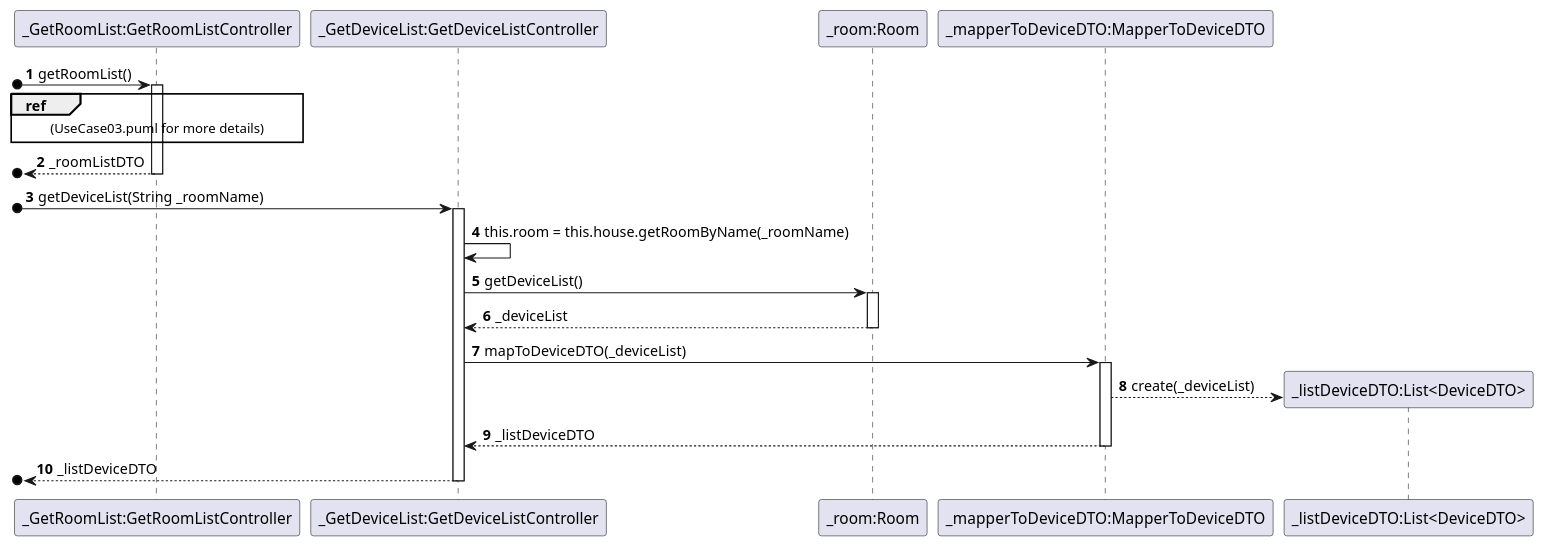
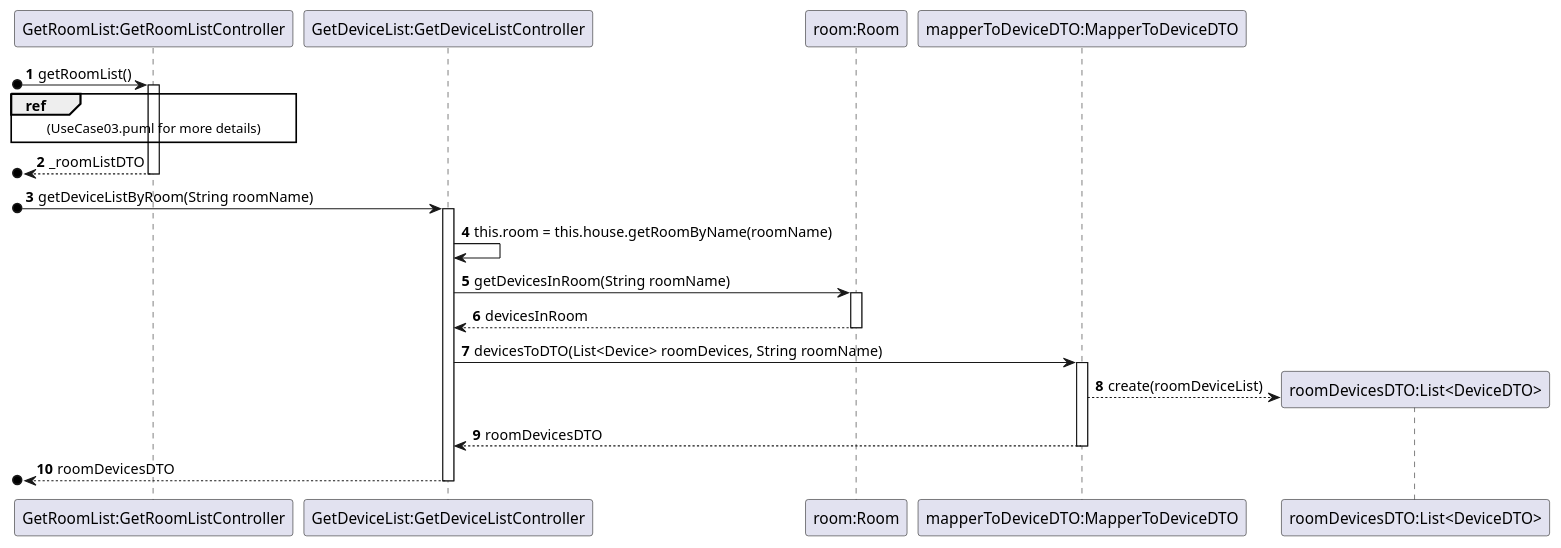
The diagram in projetoIntermedio/docs/sequence/UseCase06.puml (ozepedrorodrigues/projetoIntermedio), drawn with PlantUML before and after one commit. The commit also changed 5 other files, not shown here.

```diff
--- a/projetoIntermedio/docs/sequence/UseCase06.puml
+++ b/projetoIntermedio/docs/sequence/UseCase06.puml
@@ -1,33 +1,33 @@
 @startuml
 'https://plantuml.com/sequence-diagram
 
 autonumber
 
-Participant "_GetRoomList:GetRoomListController" as G
-Participant "_GetDeviceList:GetDeviceListController" as G1
-Participant "_room:Room" as R
-Participant "_mapperToDeviceDTO:MapperToDeviceDTO" as M
-Participant "_listDeviceDTO:List<DeviceDTO>" as L
+Participant "GetRoomList:GetRoomListController" as G
+Participant "GetDeviceList:GetDeviceListController" as G1
+Participant "room:Room" as R
+Participant "mapperToDeviceDTO:MapperToDeviceDTO" as M
+Participant "roomDevicesDTO:List<DeviceDTO>" as L
 
 [o->G : getRoomList()
 activate G
 ref over G : (UseCase03.puml for more details)
 [o<--G : _roomListDTO
 deactivate G
 
-[o->G1 : getDeviceList(String _roomName)
+[o->G1 : getDeviceListByRoom(String roomName)
 activate G1
-G1->G1 : this.room = this.house.getRoomByName(_roomName)
-G1->R : getDeviceList()
+G1->G1 : this.room = this.house.getRoomByName(roomName)
+G1->R : getDevicesInRoom(String roomName)
 activate R
-R-->G1: _deviceList
+R-->G1: devicesInRoom
 deactivate R
-G1->M : mapToDeviceDTO(_deviceList)
+G1->M : devicesToDTO(List<Device> roomDevices, String roomName)
 activate M
-M-->L** : create(_deviceList)
-M-->G1 : _listDeviceDTO
+M-->L** : create(roomDeviceList)
+M-->G1 : roomDevicesDTO
 deactivate M
-[o<--G1 : _listDeviceDTO
+[o<--G1 : roomDevicesDTO
 deactivate G1
 
 @enduml
```
